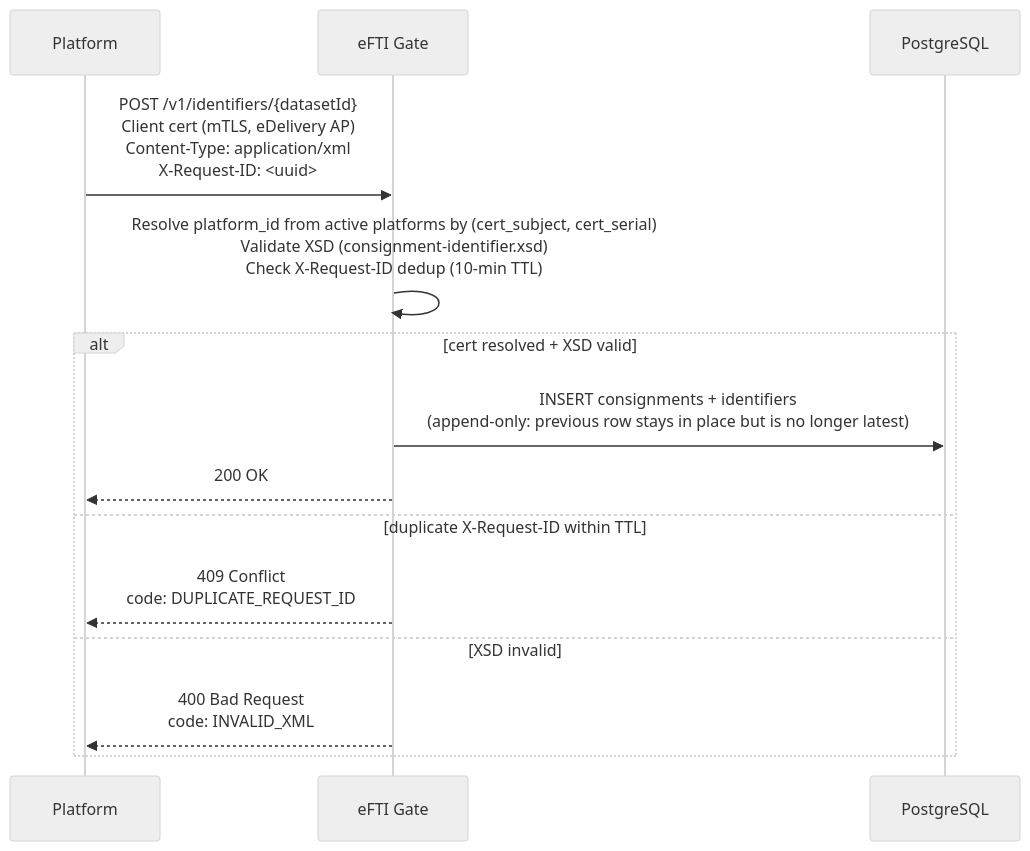
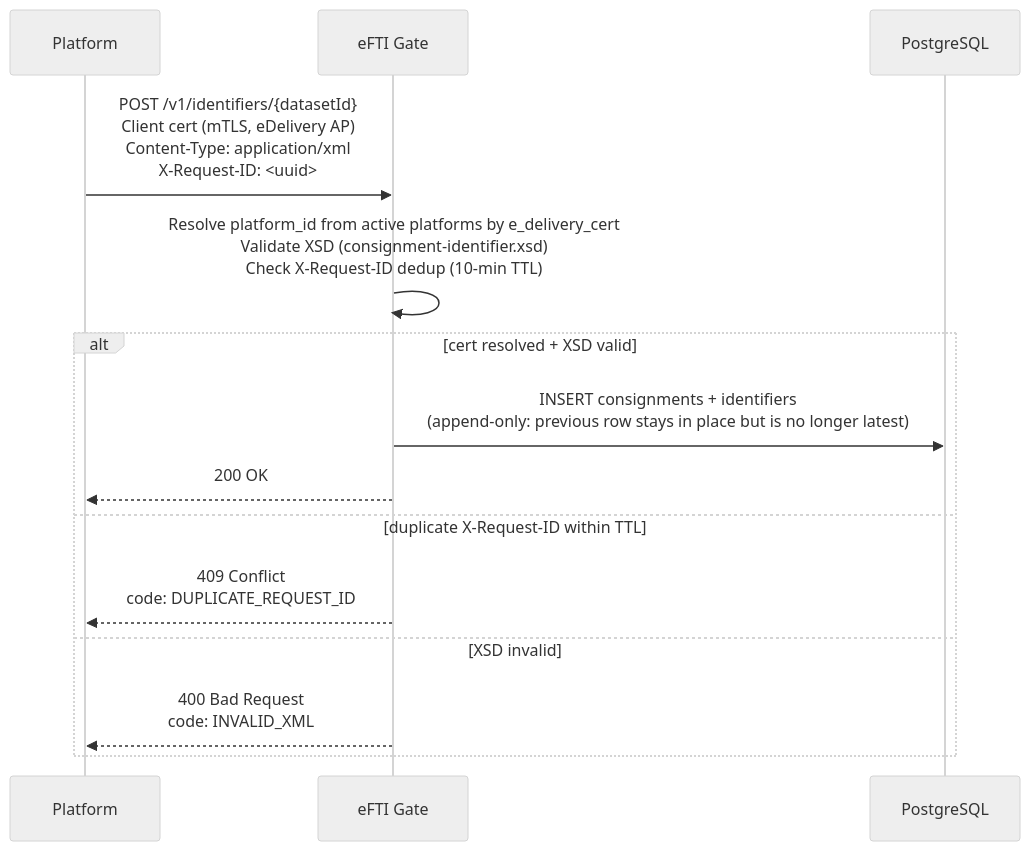
The diagram in docs/architecture/core-functionality/identifier_management.md (kemit-ee/efti-gate-ee), drawn with Mermaid (neutral theme) before and after one commit. The commit also changed 34 other files, not shown here.

First line of the commit message:
remove cert subject and cert serial values from the platform entity

````diff
--- a/docs/architecture/core-functionality/identifier_management.md
+++ b/docs/architecture/core-functionality/identifier_management.md
@@ -11,16 +11,16 @@
 ```mermaid
 sequenceDiagram
     participant Platform
     participant Gate as eFTI Gate
     participant DB as PostgreSQL
     Platform->>Gate: POST /v1/identifiers/{datasetId}<br/>Client cert (mTLS, eDelivery AP)<br/>Content-Type: application/xml<br/>X-Request-ID: <uuid>
-    Gate->>Gate: Resolve platform_id from active platforms by (cert_subject, cert_serial)<br/>Validate XSD (consignment-identifier.xsd)<br/>Check X-Request-ID dedup (10-min TTL)
+    Gate->>Gate: Resolve platform_id from active platforms by e_delivery_cert<br/>Validate XSD (consignment-identifier.xsd)<br/>Check X-Request-ID dedup (10-min TTL)
     alt cert resolved + XSD valid
         Gate->>DB: INSERT consignments + identifiers<br/>(append-only: previous row stays in place but is no longer latest)
         Gate-->>Platform: 200 OK
     else duplicate X-Request-ID within TTL
         Gate-->>Platform: 409 Conflict<br/>code: DUPLICATE_REQUEST_ID
     else XSD invalid
         Gate-->>Platform: 400 Bad Request<br/>code: INVALID_XML
     end
 ```
````
